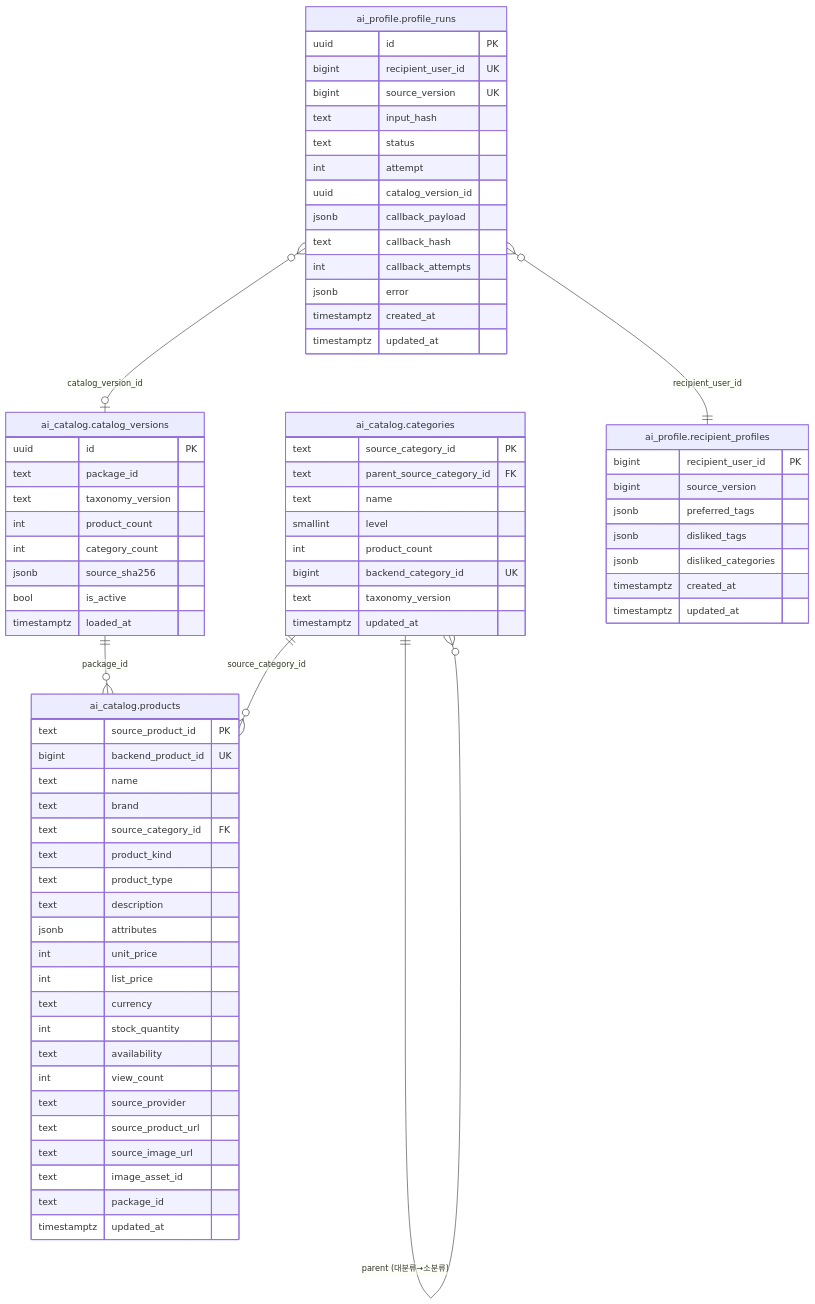
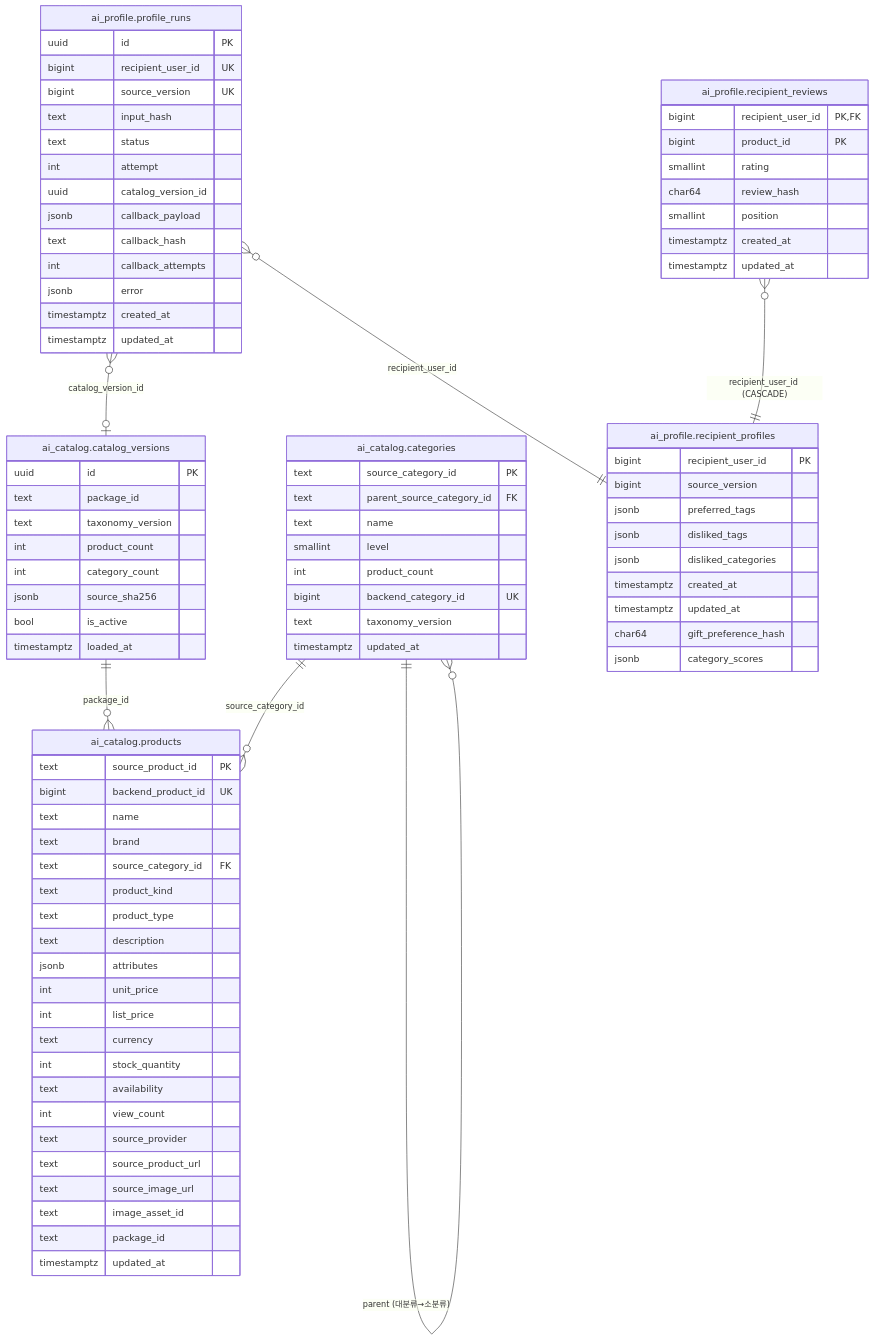
Before and after one commit to 100-hours-a-week/KTB4-12th-AI: the first of 3 diagrams in profiling/docs/DB_ERD.md, drawn with Mermaid. The commit also changed other lines of this file and 7 other files, not shown here.

First line of the commit message:
feat(profiling): 0005 recipient_reviews · 리뷰 신호 열 — 원문 없이 해시만 (v2 3단계, 결정 B)

```diff
--- a/profiling/docs/DB_ERD.md
+++ b/profiling/docs/DB_ERD.md
@@ -64,6 +65,7 @@
   "ai_catalog.categories" ||--o{ "ai_catalog.products" : "source_category_id"
   "ai_catalog.categories" ||--o{ "ai_catalog.categories" : "parent (대분류→소분류)"
   "ai_profile.profile_runs" }o--|| "ai_profile.recipient_profiles" : "recipient_user_id"
+  "ai_profile.recipient_reviews" }o--|| "ai_profile.recipient_profiles" : "recipient_user_id (CASCADE)"
   "ai_profile.profile_runs" }o--o| "ai_catalog.catalog_versions" : "catalog_version_id"
 
   "ai_profile.recipient_profiles" {
@@ -72,6 +74,17 @@
     jsonb preferred_tags
     jsonb disliked_tags
     jsonb disliked_categories
+    timestamptz created_at
+    timestamptz updated_at
+    char64 gift_preference_hash
+    jsonb category_scores
+  }
+  "ai_profile.recipient_reviews" {
+    bigint recipient_user_id PK,FK
+    bigint product_id PK
+    smallint rating
+    char64 review_hash
+    smallint position
     timestamptz created_at
     timestamptz updated_at
   }
```
